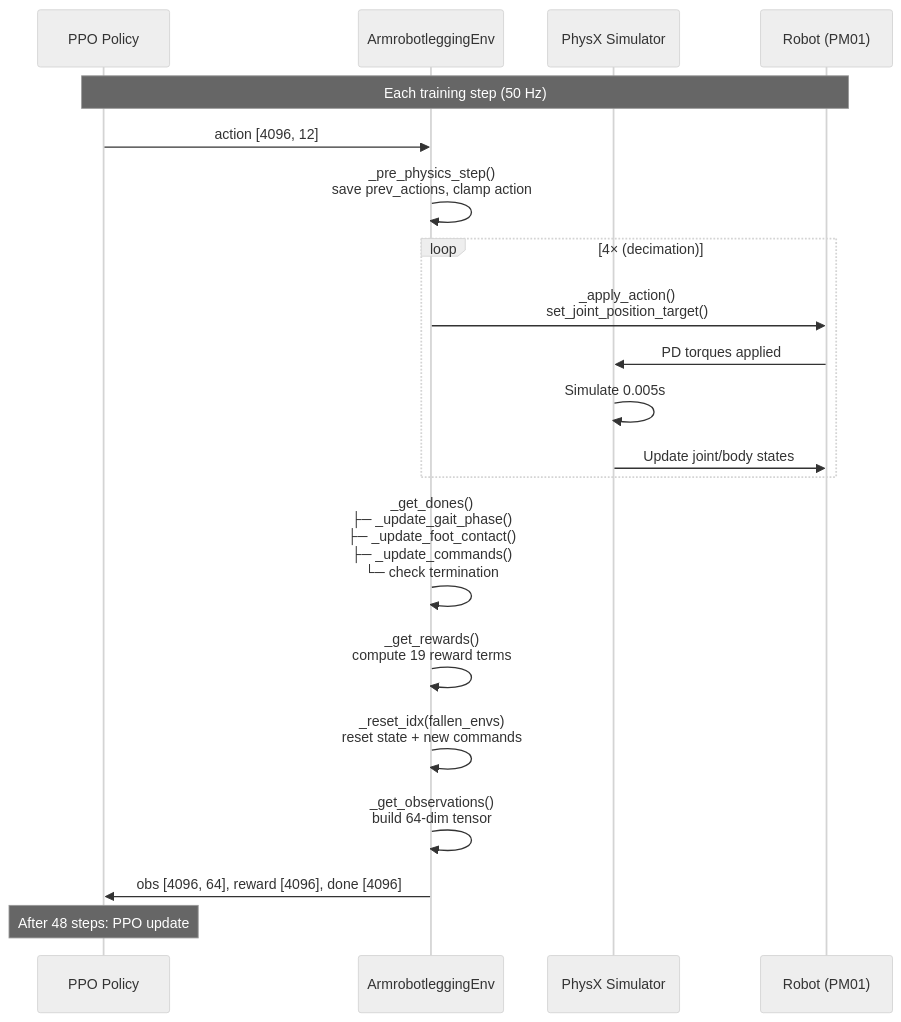
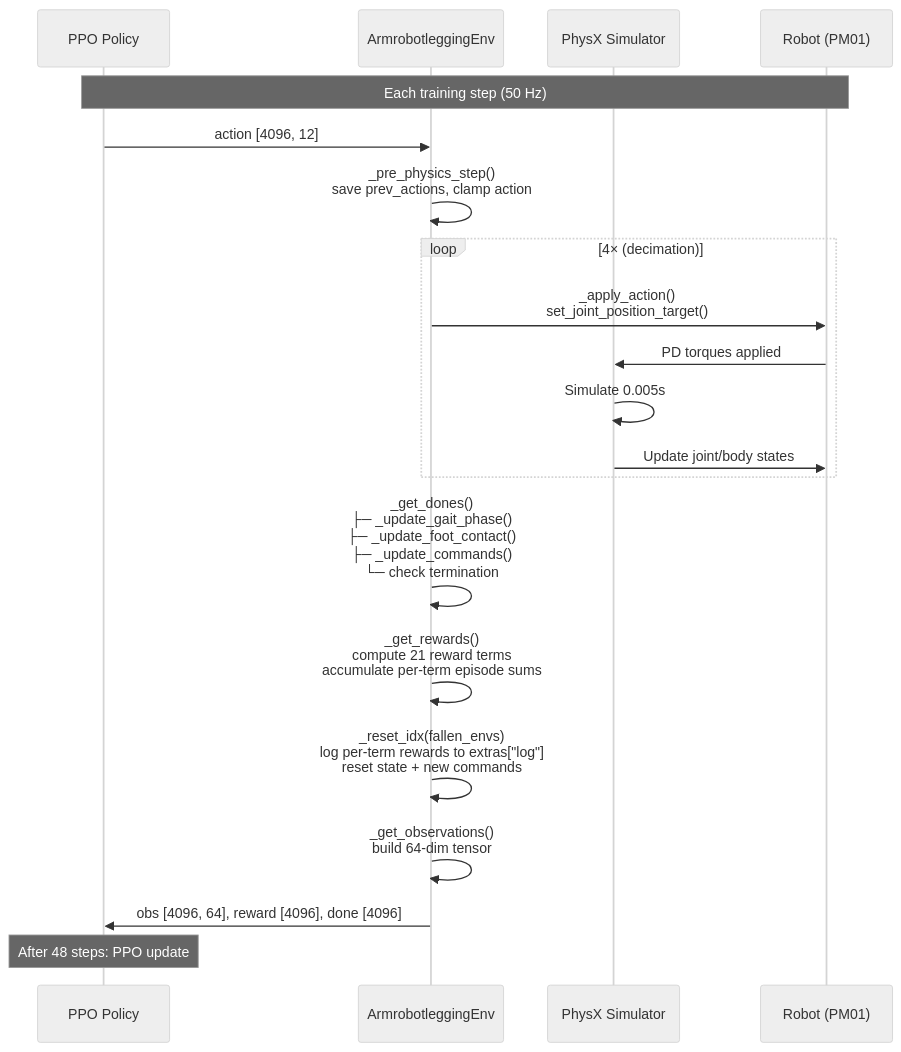
One commit to armmarov/armrobot changed the eighth of 8 diagrams in docs/TRAINING_FLOW.md. Above: the diagram before and after it, drawn with Mermaid (neutral theme). The commit also changed other lines of this file and 3 other files, not shown here.

First line of the commit message:
Run 10: Add per-term reward diagnostics + update docs

````diff
--- a/docs/TRAINING_FLOW.md
+++ b/docs/TRAINING_FLOW.md
@@ -277,31 +278,31 @@
 ```mermaid
 sequenceDiagram
     participant P as PPO Policy
     participant E as ArmrobotleggingEnv
     participant S as PhysX Simulator
     participant R as Robot (PM01)
 
     Note over P,R: Each training step (50 Hz)
 
     P->>E: action [4096, 12]
     E->>E: _pre_physics_step()<br/>save prev_actions, clamp action
 
     loop 4× (decimation)
         E->>R: _apply_action()<br/>set_joint_position_target()
         R->>S: PD torques applied
         S->>S: Simulate 0.005s
         S->>R: Update joint/body states
     end
 
     E->>E: _get_dones()<br/>├─ _update_gait_phase()<br/>├─ _update_foot_contact()<br/>├─ _update_commands()<br/>└─ check termination
 
-    E->>E: _get_rewards()<br/>compute 19 reward terms
+    E->>E: _get_rewards()<br/>compute 21 reward terms<br/>accumulate per-term episode sums
 
-    E->>E: _reset_idx(fallen_envs)<br/>reset state + new commands
+    E->>E: _reset_idx(fallen_envs)<br/>log per-term rewards to extras["log"]<br/>reset state + new commands
 
     E->>E: _get_observations()<br/>build 64-dim tensor
 
     E->>P: obs [4096, 64], reward [4096], done [4096]
 
     Note over P: After 48 steps: PPO update
 ```
````
